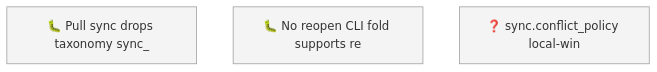
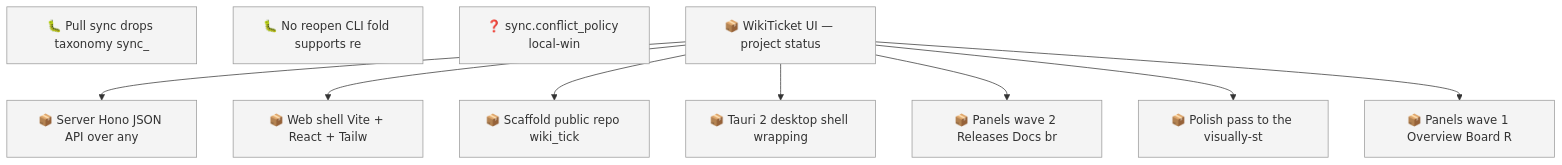
One commit to SpillwaveSolutions/wiki_ticket_sdd changed the first of 2 diagrams in docs/roadmap.md. Above: the diagram before and after it, drawn with Mermaid. The commit also changed other lines of this file and 2 other files, not shown here.

First line of the commit message:
plan: capture wiki-ticket-ui dashboard plan (plan-only; build awaits go)

````diff
--- a/docs/roadmap.md
+++ b/docs/roadmap.md
@@ -42,8 +57,23 @@
 ```mermaid
 graph TD
     01KXY8V5WZJ4E76B3D39KW5DCE["🐛 Pull sync drops taxonomy sync_"]
     01KXY8V62QH1H1V70M0Y08ARXX["🐛 No reopen CLI fold supports re"]
     01KXY8V686YPK4ET2XFB2KW2RX["❓ sync.conflict_policy local-win"]
+    01KY111BC71KJGNH55CB2DWMKN["📦 Server Hono JSON API over any"]
+    01KY111BC7B70C7M2RF1E57G17["📦 Web shell Vite + React + Tailw"]
+    01KY111BC7NJ4BE7JBDK2P6Y56["📦 Scaffold public repo wiki_tick"]
+    01KY111BC7PABV8W6SDNVQACSN["📦 WikiTicket UI — project status"]
+    01KY111BC842N3J7Y7H85NHSEG["📦 Tauri 2 desktop shell wrapping"]
+    01KY111BC88FS6QD49JADZ9CJ5["📦 Panels wave 2 Releases Docs br"]
+    01KY111BC8F9BH0T3TERYEFC3C["📦 Polish pass to the visually-st"]
+    01KY111BC8QJAS9KH7N368N6RF["📦 Panels wave 1 Overview Board R"]
+    01KY111BC7PABV8W6SDNVQACSN --> 01KY111BC71KJGNH55CB2DWMKN
+    01KY111BC7PABV8W6SDNVQACSN --> 01KY111BC7B70C7M2RF1E57G17
+    01KY111BC7PABV8W6SDNVQACSN --> 01KY111BC7NJ4BE7JBDK2P6Y56
+    01KY111BC7PABV8W6SDNVQACSN --> 01KY111BC842N3J7Y7H85NHSEG
+    01KY111BC7PABV8W6SDNVQACSN --> 01KY111BC88FS6QD49JADZ9CJ5
+    01KY111BC7PABV8W6SDNVQACSN --> 01KY111BC8F9BH0T3TERYEFC3C
+    01KY111BC7PABV8W6SDNVQACSN --> 01KY111BC8QJAS9KH7N368N6RF
     classDef todo fill:#f4f4f4,stroke:#999999
-    class 01KXY8V5WZJ4E76B3D39KW5DCE,01KXY8V62QH1H1V70M0Y08ARXX,01KXY8V686YPK4ET2XFB2KW2RX todo
+    class 01KXY8V5WZJ4E76B3D39KW5DCE,01KXY8V62QH1H1V70M0Y08ARXX,01KXY8V686YPK4ET2XFB2KW2RX,01KY111BC71KJGNH55CB2DWMKN,01KY111BC7B70C7M2RF1E57G17,01KY111BC7NJ4BE7JBDK2P6Y56,01KY111BC7PABV8W6SDNVQACSN,01KY111BC842N3J7Y7H85NHSEG,01KY111BC88FS6QD49JADZ9CJ5,01KY111BC8F9BH0T3TERYEFC3C,01KY111BC8QJAS9KH7N368N6RF todo
 ```
````
